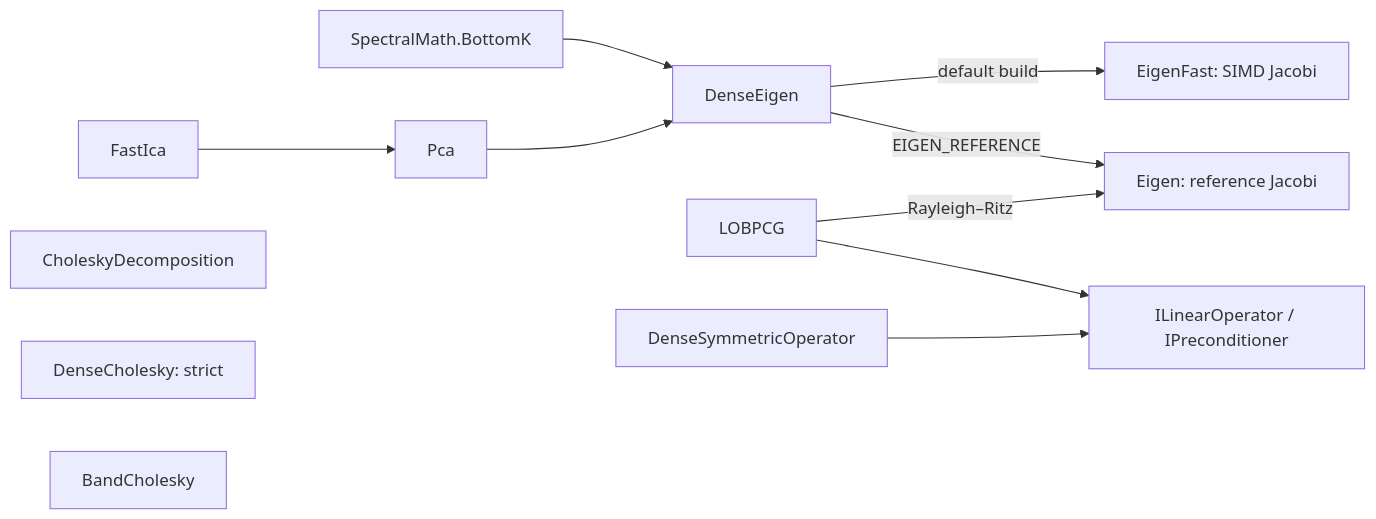
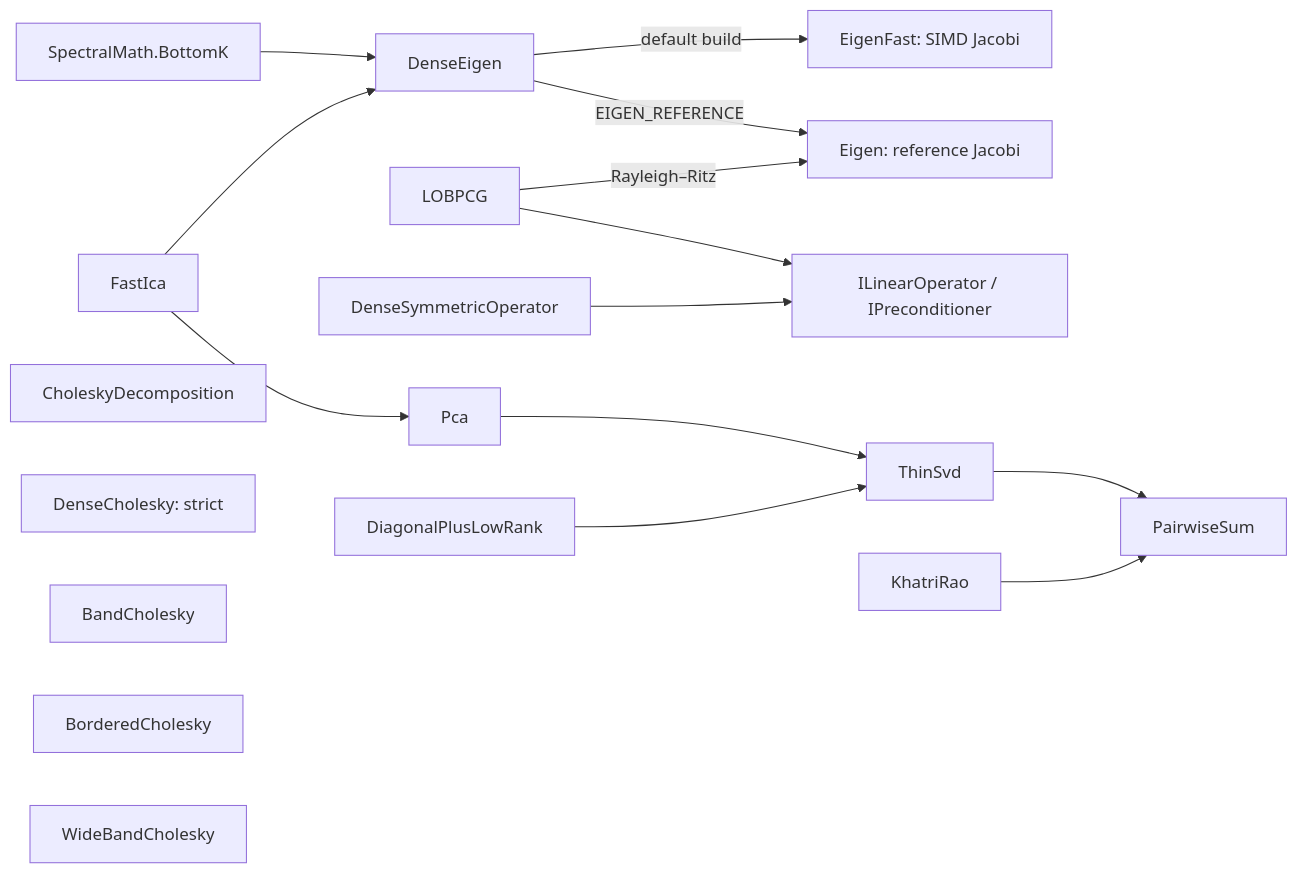
Before and after one commit to aghado01/ThermoMapper: the diagram in docs/Maths/LinearAlgebra.md, drawn with Mermaid. The commit also changed other lines of this file and 3 other files, not shown here.

Commit message:
docs(linalg): the thin SVD and diagonal plus low rank written up, so every linalg file is named; Pca's routes and signs and the manifolds' SVD corrected, stale since the move to ThinSvd

````diff
--- a/docs/Maths/LinearAlgebra.md
+++ b/docs/Maths/LinearAlgebra.md
@@ -18,14 +18,20 @@
 ```mermaid
 flowchart LR
   DE[DenseEigen] -->|default build| EF[EigenFast: SIMD Jacobi]
   DE -->|EIGEN_REFERENCE| EJ[Eigen: reference Jacobi]
   SM[SpectralMath.BottomK] --> DE
   LO[LOBPCG] -->|Rayleigh–Ritz| EJ
   LO --> OP[ILinearOperator / IPreconditioner]
   DSO[DenseSymmetricOperator] --> OP
-  PCA[Pca] --> DE
+  PCA[Pca] --> SVD[ThinSvd]
+  DL[DiagonalPlusLowRank] --> SVD
+  SVD --> PS[PairwiseSum]
+  KR[KhatriRao] --> PS
   ICA[FastIca] --> PCA
+  ICA --> DE
   CH[CholeskyDecomposition]
   DC[DenseCholesky: strict]
   BC[BandCholesky]
+  BO[BorderedCholesky]
+  WB[WideBandCholesky]
 ```
````
